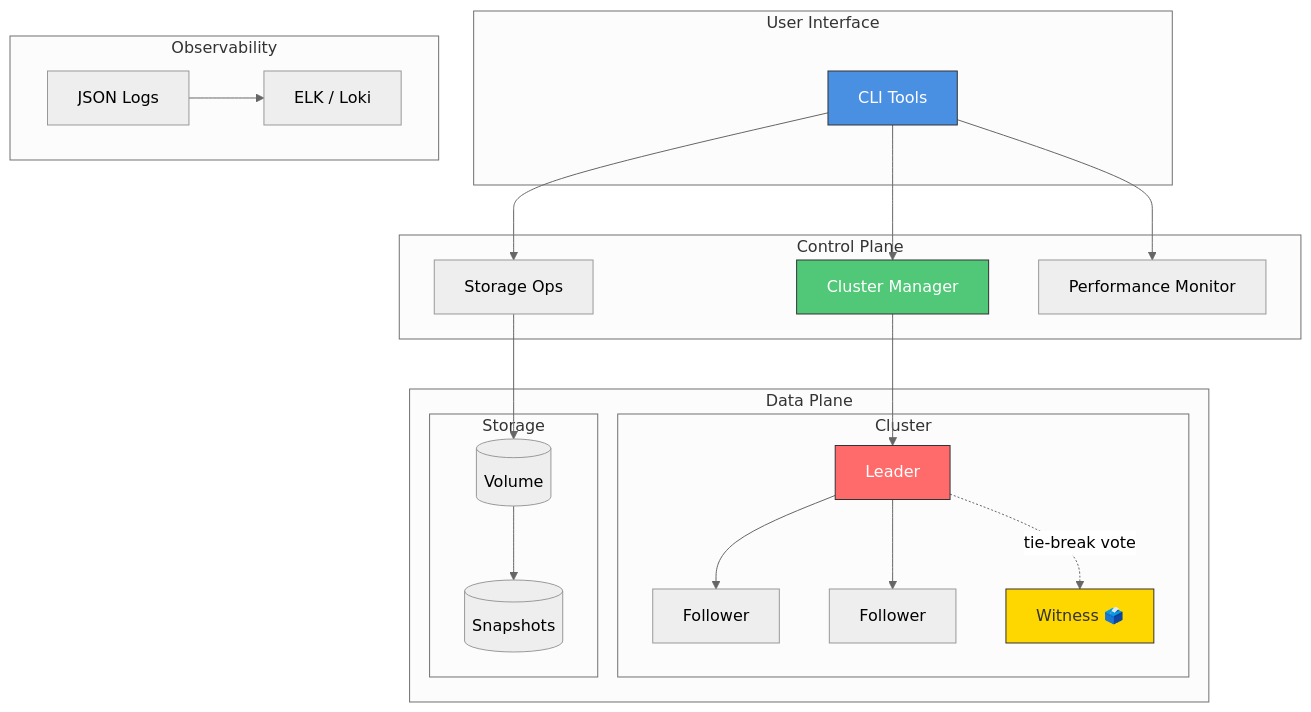
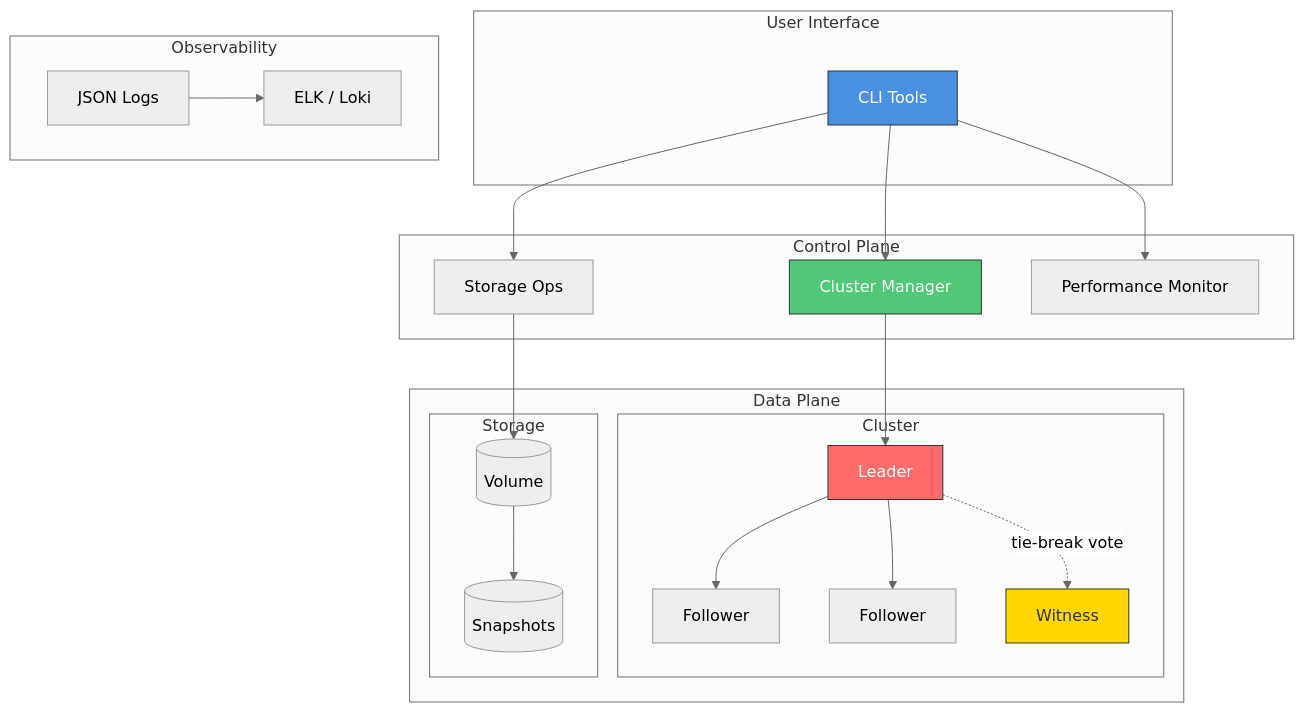
One commit to joshuabvarghese/Quorum-CLI changed the diagram in README.md. Above: the diagram before and after it, drawn with Mermaid (neutral theme). The commit also changed other lines of this file and 39 other files, not shown here.

````diff
--- a/README.md
+++ b/README.md
@@ -28,50 +17,50 @@
 ```mermaid
 graph TB
     subgraph "User Interface"
         CLI[CLI Tools]
     end
 
     subgraph "Control Plane"
         CM[Cluster Manager]
         SO[Storage Ops]
         PM[Performance Monitor]
     end
 
     subgraph "Data Plane"
         subgraph "Cluster"
             N1[Leader]
             N2[Follower]
             N3[Follower]
-            W[Witness 🗳️]
+            W[Witness]
         end
 
         subgraph "Storage"
             V1[(Volume)]
             SNAP[(Snapshots)]
         end
     end
 
     subgraph "Observability"
         LOG[JSON Logs]
         ELK[ELK / Loki]
     end
 
     CLI --> CM
     CLI --> SO
     CLI --> PM
 
     CM --> N1
     SO --> V1
     V1 --> SNAP
 
     N1 --> N2
     N1 --> N3
     N1 -.->|tie-break vote| W
 
     LOG --> ELK
 
     style CLI fill:#4A90E2,stroke:#333,color:#fff
     style CM fill:#50C878,stroke:#333,color:#fff
     style N1 fill:#FF6B6B,stroke:#333,color:#fff
     style W  fill:#FFD700,stroke:#333,color:#333
 ```
````
